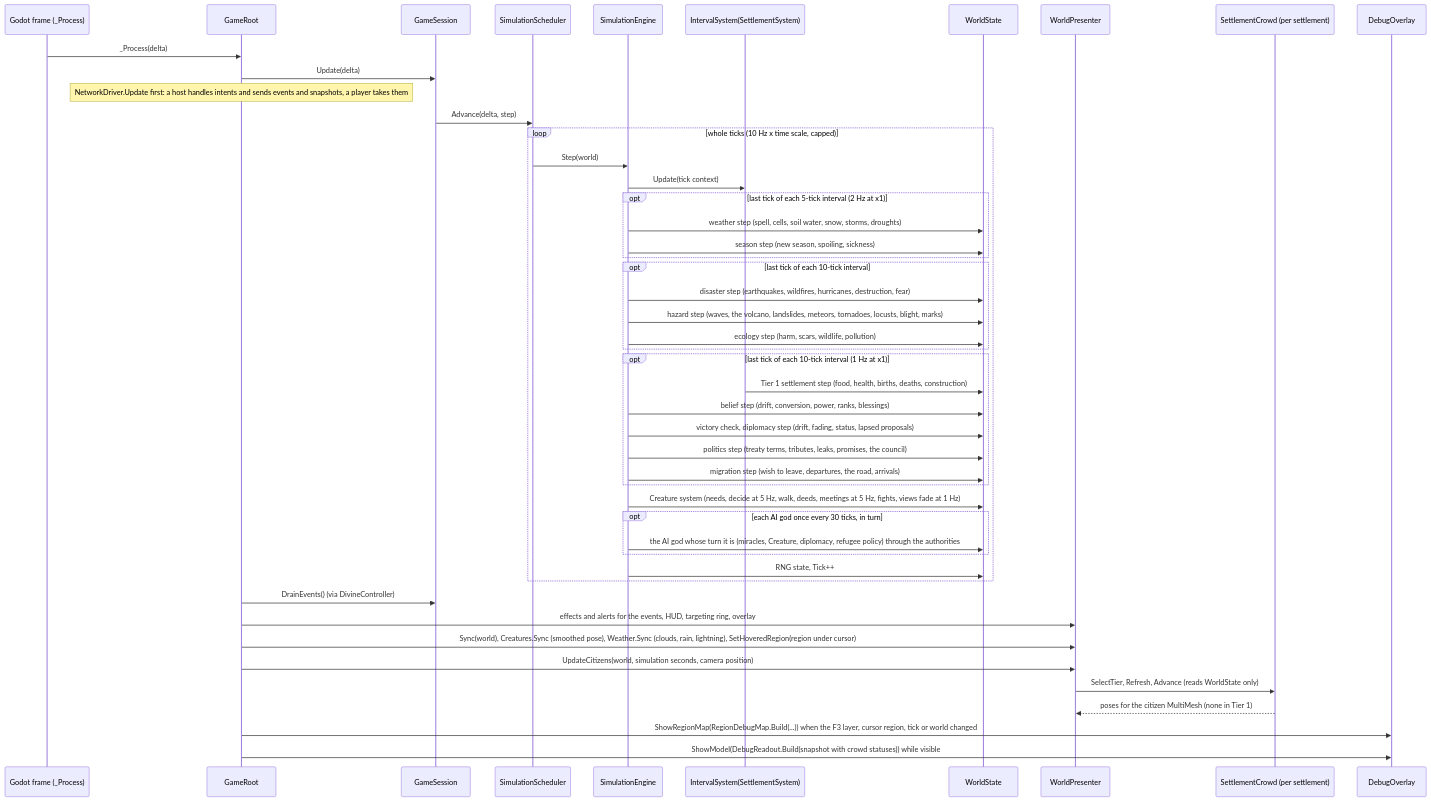
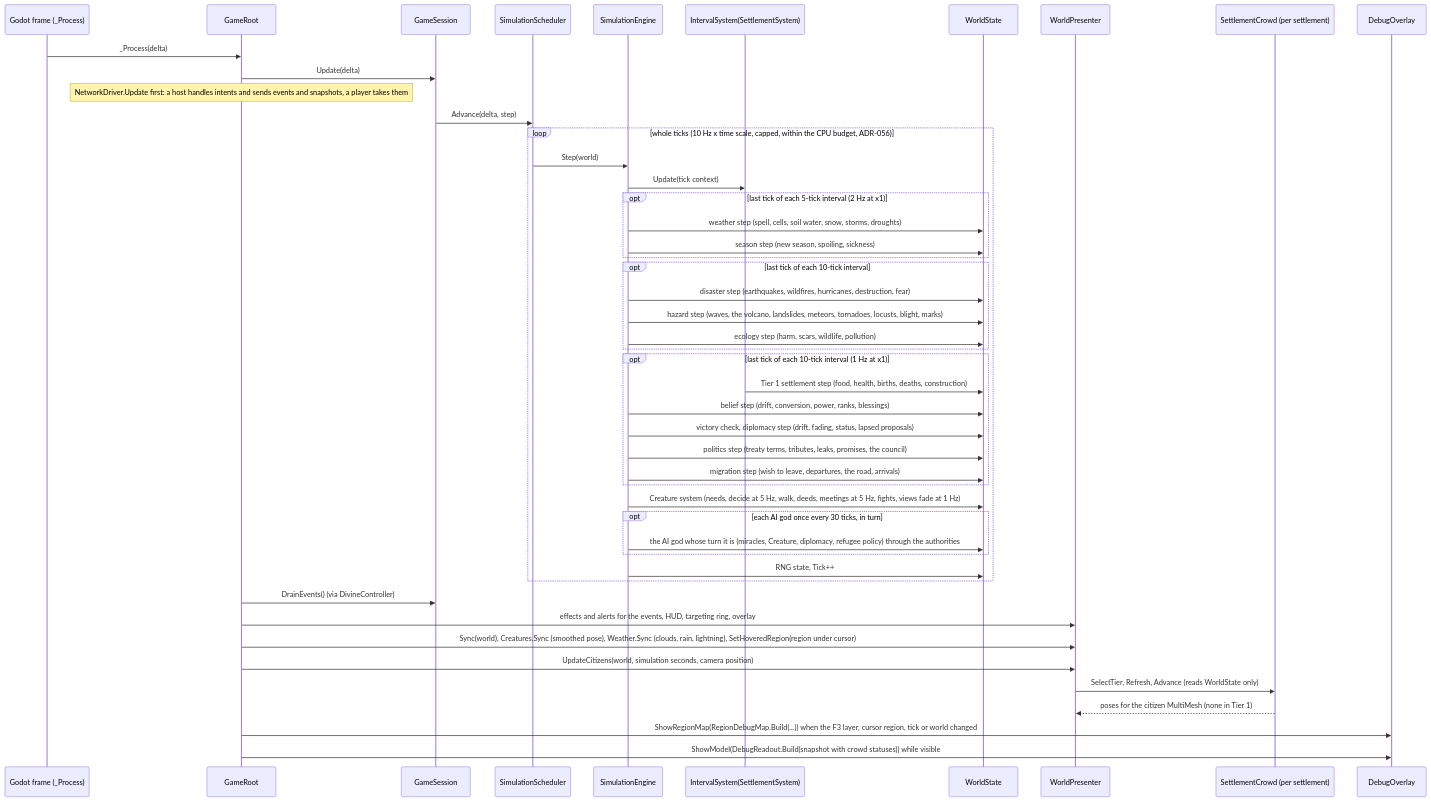
Before and after one commit to roeyazroel/pantheon: the second of 35 diagrams in docs/ARCHITECTURE.md, drawn with Mermaid. The commit also changed other lines of this file and 4 other files, not shown here.

````diff
--- a/docs/ARCHITECTURE.md
+++ b/docs/ARCHITECTURE.md
@@ -903,51 +906,51 @@
 ```mermaid
 sequenceDiagram
     participant Godot as Godot frame (_Process)
     participant Root as GameRoot
     participant Session as GameSession
     participant Sched as SimulationScheduler
     participant Engine as SimulationEngine
     participant Settle as IntervalSystem(SettlementSystem)
     participant State as WorldState
     participant View as WorldPresenter
     participant Crowd as SettlementCrowd (per settlement)
     participant Overlay as DebugOverlay
 
     Godot->>Root: _Process(delta)
     Root->>Session: Update(delta)
     Note over Root: NetworkDriver.Update first: a host handles intents and sends events and snapshots, a player takes them
     Session->>Sched: Advance(delta, step)
-    loop whole ticks (10 Hz x time scale, capped)
+    loop whole ticks (10 Hz x time scale, capped, within the CPU budget, ADR-056)
         Sched->>Engine: Step(world)
         Engine->>Settle: Update(tick context)
         opt last tick of each 5-tick interval (2 Hz at x1)
             Engine->>State: weather step (spell, cells, soil water, snow, storms, droughts)
             Engine->>State: season step (new season, spoiling, sickness)
         end
         opt last tick of each 10-tick interval
             Engine->>State: disaster step (earthquakes, wildfires, hurricanes, destruction, fear)
             Engine->>State: hazard step (waves, the volcano, landslides, meteors, tornadoes, locusts, blight, marks)
             Engine->>State: ecology step (harm, scars, wildlife, pollution)
         end
         opt last tick of each 10-tick interval (1 Hz at x1)
             Settle->>State: Tier 1 settlement step (food, health, births, deaths, construction)
             Engine->>State: belief step (drift, conversion, power, ranks, blessings)
             Engine->>State: victory check, diplomacy step (drift, fading, status, lapsed proposals)
             Engine->>State: politics step (treaty terms, tributes, leaks, promises, the council)
             Engine->>State: migration step (wish to leave, departures, the road, arrivals)
         end
         Engine->>State: Creature system (needs, decide at 5 Hz, walk, deeds, meetings at 5 Hz, fights, views fade at 1 Hz)
         opt each AI god once every 30 ticks, in turn
             Engine->>State: the AI god whose turn it is (miracles, Creature, diplomacy, refugee policy) through the authorities
         end
         Engine->>State: RNG state, Tick++
     end
     Root->>Session: DrainEvents() (via DivineController)
     Root->>View: effects and alerts for the events, HUD, targeting ring, overlay
     Root->>View: Sync(world), Creatures.Sync (smoothed pose), Weather.Sync (clouds, rain, lightning), SetHoveredRegion(region under cursor)
     Root->>View: UpdateCitizens(world, simulation seconds, camera position)
     View->>Crowd: SelectTier, Refresh, Advance (reads WorldState only)
     Crowd-->>View: poses for the citizen MultiMesh (none in Tier 1)
     Root->>Overlay: ShowRegionMap(RegionDebugMap.Build(...)) when the F3 layer, cursor region, tick or world changed
     Root->>Overlay: ShowModel(DebugReadout.Build(snapshot with crowd statuses)) while visible
 ```
````
